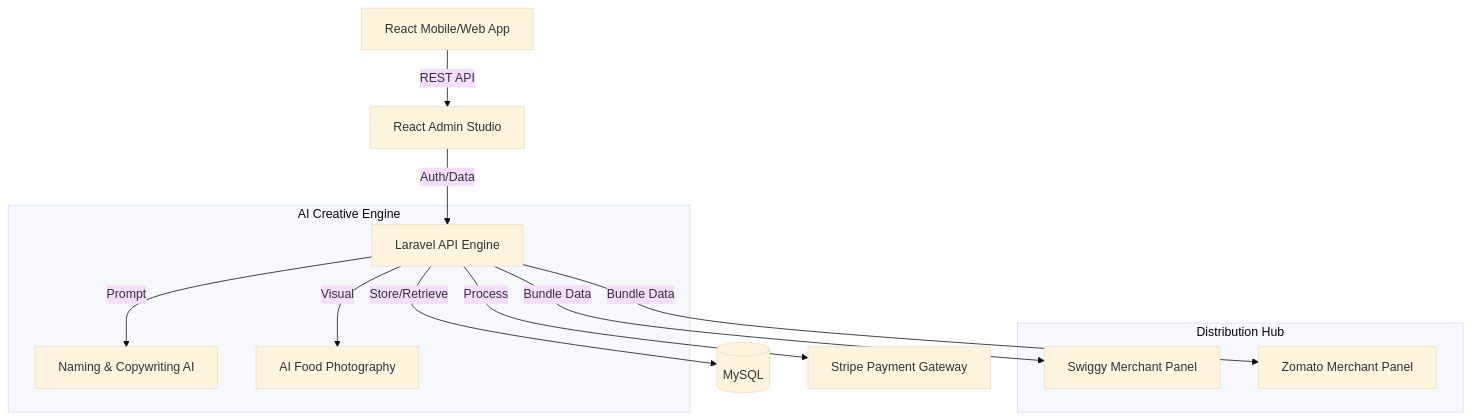
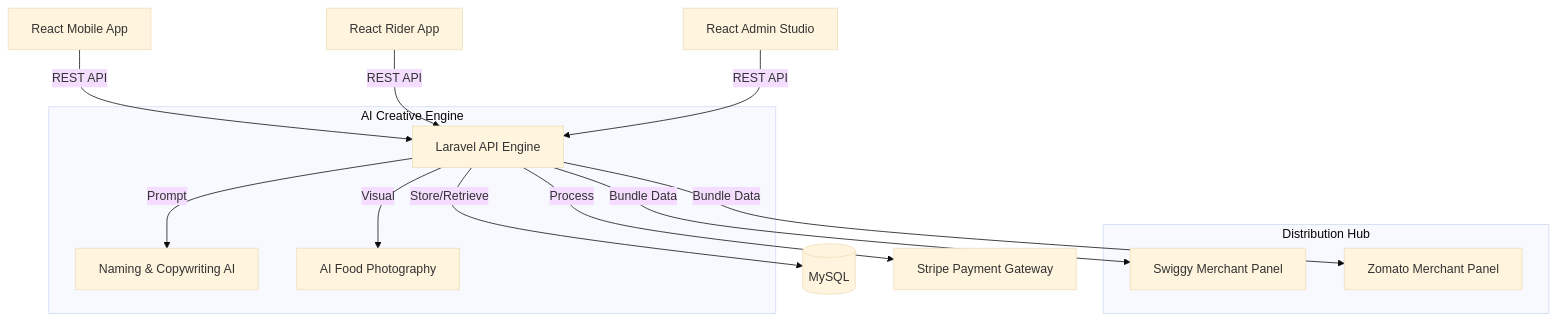
The diagram in README.md (vipultikhe234/ApnaCart), drawn with Mermaid (base theme) before and after one commit. The commit also changed other lines of this file and 107 other files, not shown here.

Commit message:
feat: Implement core features and initial structure for the food delivery application across backend, admin, mobile, and rider platforms.

````diff
--- a/README.md
+++ b/README.md
@@ -20,17 +40,18 @@
 ```mermaid
 graph TD
-    Client[React Mobile/Web App] -->|REST API| AdminPanel[React Admin Studio]
-    AdminPanel -->|Auth/Data| Backend[Laravel API Engine]
+    UserApp[React Mobile App] -->|REST API| Backend[Laravel API Engine]
+    RiderApp[React Rider App] -->|REST API| Backend
+    AdminPanel[React Admin Studio] -->|REST API| Backend
     Backend -->|Store/Retrieve| DB[(MySQL)]
     Backend -->|Process| Stripe[Stripe Payment Gateway]
     
     subgraph AI Creative Engine
         Backend -->|Prompt| Gemini[Naming & Copywriting AI]
         Backend -->|Visual| Imagery[AI Food Photography]
     end
     
     subgraph Distribution Hub
         Backend -->|Bundle Data| Swiggy[Swiggy Merchant Panel]
         Backend -->|Bundle Data| Zomato[Zomato Merchant Panel]
     end
 ```
````
